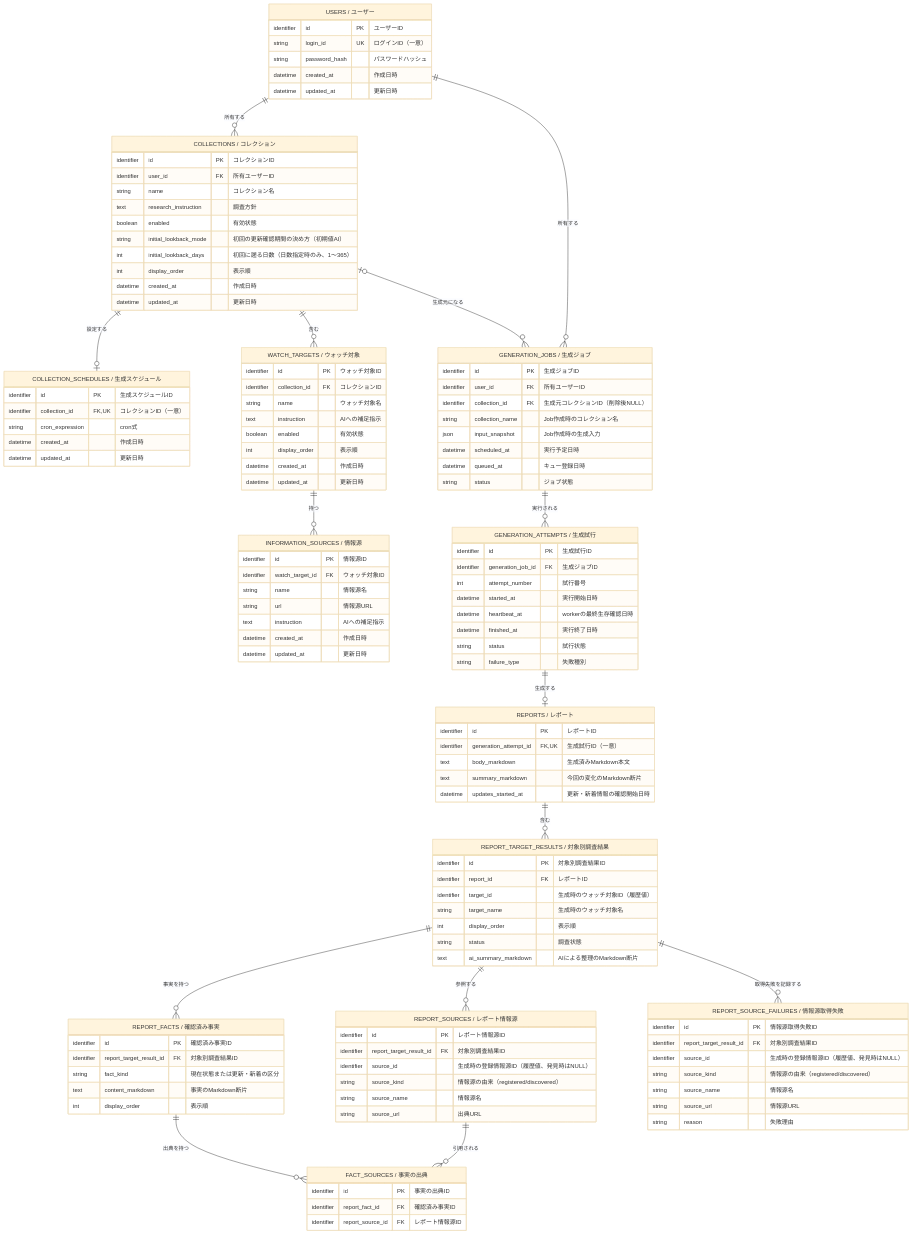
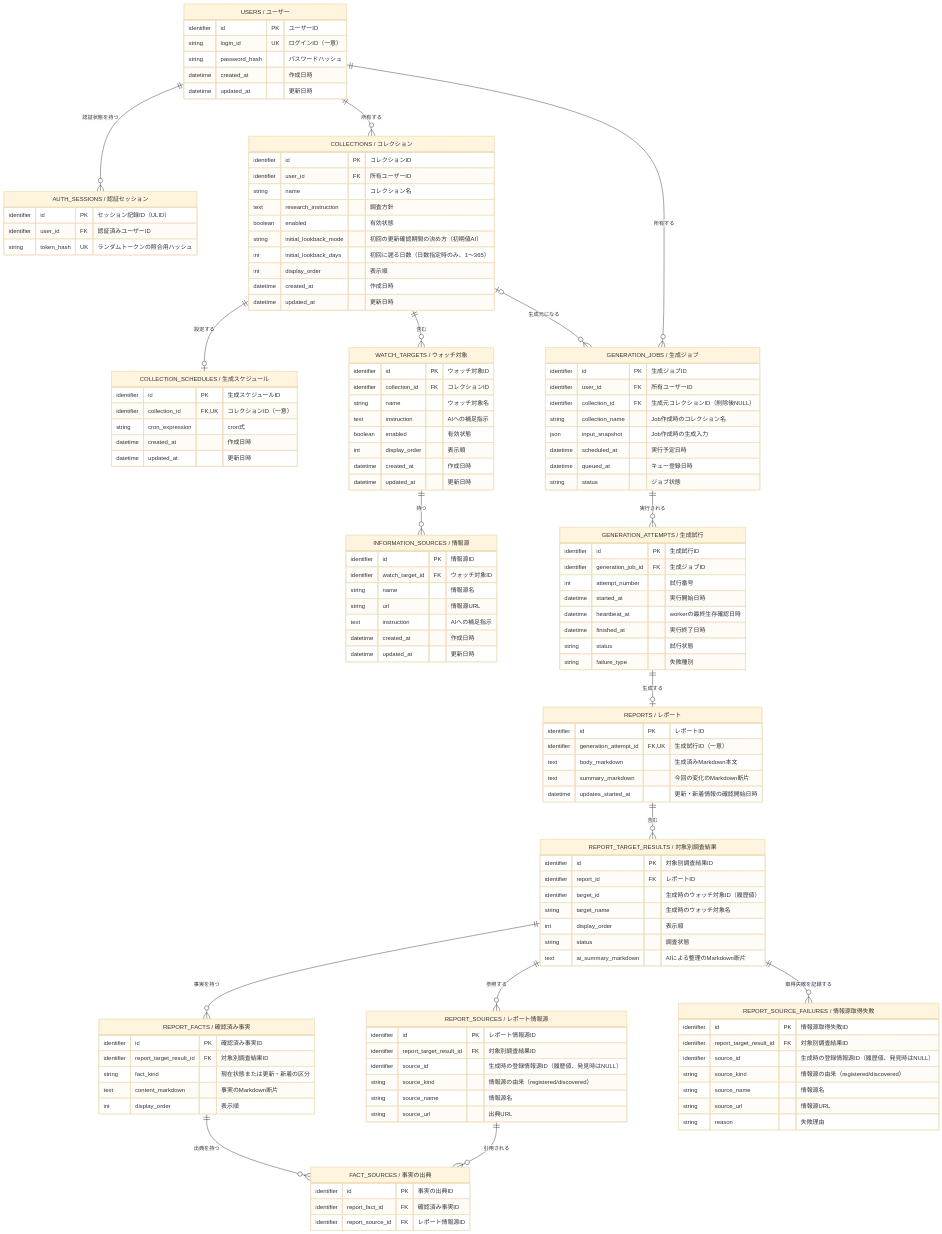
One commit to smofktn/watchbrief changed the diagram in docs/database-design.md. Above: the diagram before and after it, drawn with Mermaid (base theme). The commit also changed other lines of this file and 6 other files, not shown here.

````diff
--- a/docs/database-design.md
+++ b/docs/database-design.md
@@ -71,5 +89,11 @@
 ```mermaid
 erDiagram
+    USERS ||--o{ AUTH_SESSIONS : 認証状態を持つ
+    AUTH_SESSIONS["AUTH_SESSIONS / 認証セッション"] {
+        identifier id PK "セッション記録ID（ULID）"
+        identifier user_id FK "認証済みユーザーID"
+        string token_hash UK "ランダムトークンの照合用ハッシュ"
+    }
     USERS ||--o{ COLLECTIONS : 所有する
     COLLECTIONS ||--o| COLLECTION_SCHEDULES : 設定する
     COLLECTIONS ||--o{ WATCH_TARGETS : 含む
````
